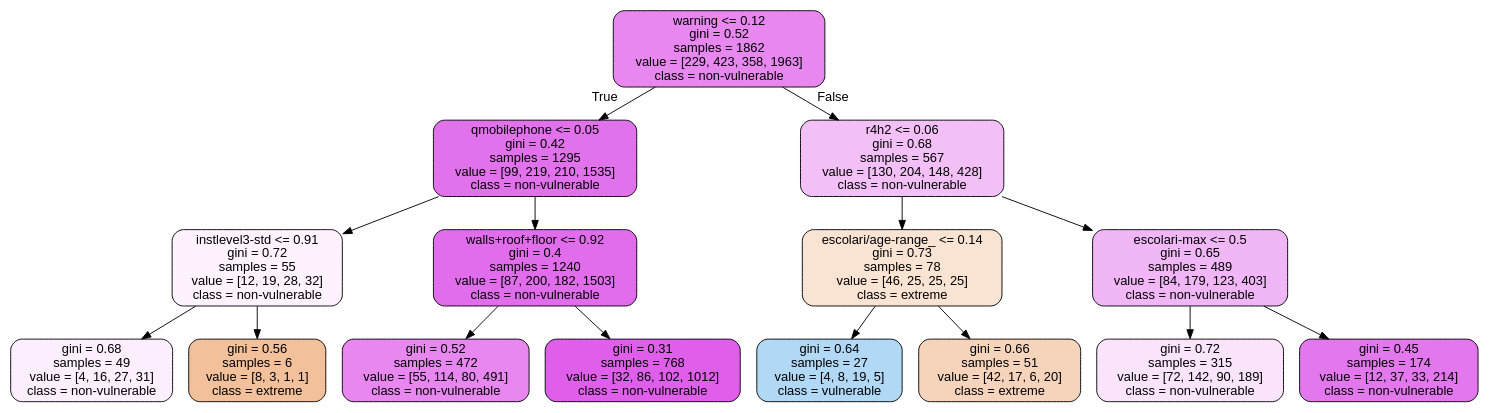
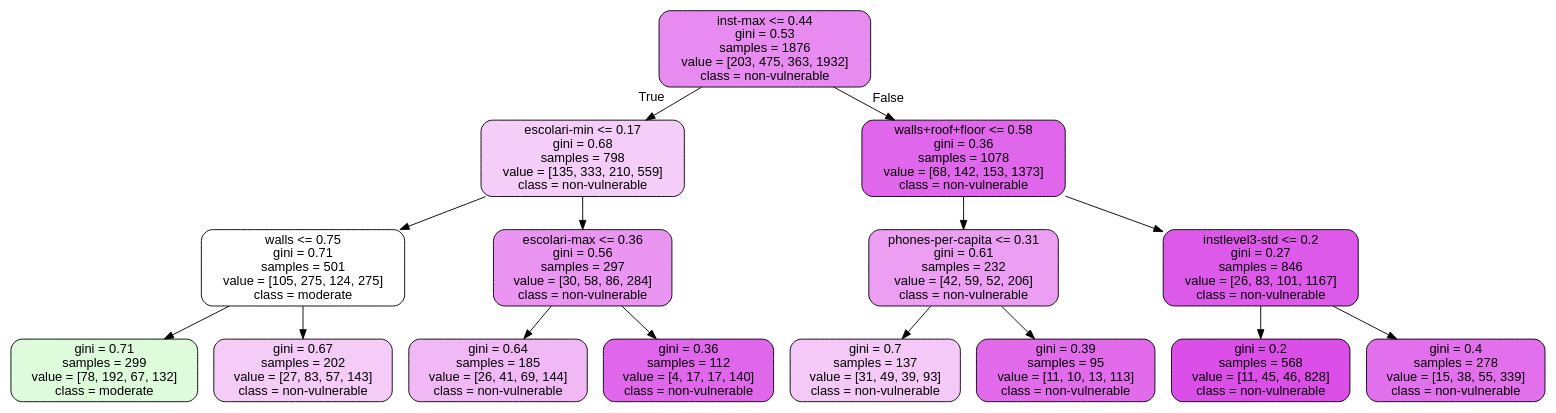
Before and after one commit to WillKoehrsen/data-science-for-good: the diagram in costa-rican-poverty/tree_limited.dot, drawn with Graphviz. The commit also changed 11 other files, not shown here.

```diff
--- a/costa-rican-poverty/tree_limited.dot
+++ b/costa-rican-poverty/tree_limited.dot
@@ -1,33 +1,33 @@
 digraph Tree {
 node [shape=box, style="filled, rounded", color="black", fontname=helvetica] ;
 edge [fontname=helvetica] ;
-0 [label="warning <= 0.12\ngini = 0.52\nsamples = 1862\nvalue = [229, 423, 358, 1963]\nclass = non-vulnerable", fillcolor="#d739e59a"] ;
-1 [label="qmobilephone <= 0.05\ngini = 0.42\nsamples = 1295\nvalue = [99, 219, 210, 1535]\nclass = non-vulnerable", fillcolor="#d739e5b6"] ;
+0 [label="inst-max <= 0.44\ngini = 0.53\nsamples = 1876\nvalue = [203, 475, 363, 1932]\nclass = non-vulnerable", fillcolor="#d739e595"] ;
+1 [label="escolari-min <= 0.17\ngini = 0.68\nsamples = 798\nvalue = [135, 333, 210, 559]\nclass = non-vulnerable", fillcolor="#d739e540"] ;
 0 -> 1 [labeldistance=2.5, labelangle=45, headlabel="True"] ;
-2 [label="instlevel3-std <= 0.91\ngini = 0.72\nsamples = 55\nvalue = [12, 19, 28, 32]\nclass = non-vulnerable", fillcolor="#d739e510"] ;
+2 [label="walls <= 0.75\ngini = 0.71\nsamples = 501\nvalue = [105, 275, 124, 275]\nclass = moderate", fillcolor="#47e53900"] ;
 1 -> 2 ;
-3 [label="gini = 0.68\nsamples = 49\nvalue = [4, 16, 27, 31]\nclass = non-vulnerable", fillcolor="#d739e514"] ;
+3 [label="gini = 0.71\nsamples = 299\nvalue = [78, 192, 67, 132]\nclass = moderate", fillcolor="#47e5392d"] ;
 2 -> 3 ;
-4 [label="gini = 0.56\nsamples = 6\nvalue = [8, 3, 1, 1]\nclass = extreme", fillcolor="#e5813980"] ;
+4 [label="gini = 0.67\nsamples = 202\nvalue = [27, 83, 57, 143]\nclass = non-vulnerable", fillcolor="#d739e543"] ;
 2 -> 4 ;
-5 [label="walls+roof+floor <= 0.92\ngini = 0.4\nsamples = 1240\nvalue = [87, 200, 182, 1503]\nclass = non-vulnerable", fillcolor="#d739e5bc"] ;
+5 [label="escolari-max <= 0.36\ngini = 0.56\nsamples = 297\nvalue = [30, 58, 86, 284]\nclass = non-vulnerable", fillcolor="#d739e588"] ;
 1 -> 5 ;
-6 [label="gini = 0.52\nsamples = 472\nvalue = [55, 114, 80, 491]\nclass = non-vulnerable", fillcolor="#d739e59a"] ;
+6 [label="gini = 0.64\nsamples = 185\nvalue = [26, 41, 69, 144]\nclass = non-vulnerable", fillcolor="#d739e55b"] ;
 5 -> 6 ;
-7 [label="gini = 0.31\nsamples = 768\nvalue = [32, 86, 102, 1012]\nclass = non-vulnerable", fillcolor="#d739e5cd"] ;
+7 [label="gini = 0.36\nsamples = 112\nvalue = [4, 17, 17, 140]\nclass = non-vulnerable", fillcolor="#d739e5c3"] ;
 5 -> 7 ;
-8 [label="r4h2 <= 0.06\ngini = 0.68\nsamples = 567\nvalue = [130, 204, 148, 428]\nclass = non-vulnerable", fillcolor="#d739e551"] ;
+8 [label="walls+roof+floor <= 0.58\ngini = 0.36\nsamples = 1078\nvalue = [68, 142, 153, 1373]\nclass = non-vulnerable", fillcolor="#d739e5c5"] ;
 0 -> 8 [labeldistance=2.5, labelangle=-45, headlabel="False"] ;
-9 [label="escolari/age-range_ <= 0.14\ngini = 0.73\nsamples = 78\nvalue = [46, 25, 25, 25]\nclass = extreme", fillcolor="#e5813938"] ;
+9 [label="phones-per-capita <= 0.31\ngini = 0.61\nsamples = 232\nvalue = [42, 59, 52, 206]\nclass = non-vulnerable", fillcolor="#d739e57d"] ;
 8 -> 9 ;
-10 [label="gini = 0.64\nsamples = 27\nvalue = [4, 8, 19, 5]\nclass = vulnerable", fillcolor="#399de564"] ;
+10 [label="gini = 0.7\nsamples = 137\nvalue = [31, 49, 39, 93]\nclass = non-vulnerable", fillcolor="#d739e545"] ;
 9 -> 10 ;
-11 [label="gini = 0.66\nsamples = 51\nvalue = [42, 17, 6, 20]\nclass = extreme", fillcolor="#e5813956"] ;
+11 [label="gini = 0.39\nsamples = 95\nvalue = [11, 10, 13, 113]\nclass = non-vulnerable", fillcolor="#d739e5be"] ;
 9 -> 11 ;
-12 [label="escolari-max <= 0.5\ngini = 0.65\nsamples = 489\nvalue = [84, 179, 123, 403]\nclass = non-vulnerable", fillcolor="#d739e55e"] ;
+12 [label="instlevel3-std <= 0.2\ngini = 0.27\nsamples = 846\nvalue = [26, 83, 101, 1167]\nclass = non-vulnerable", fillcolor="#d739e5d5"] ;
 8 -> 12 ;
-13 [label="gini = 0.72\nsamples = 315\nvalue = [72, 142, 90, 189]\nclass = non-vulnerable", fillcolor="#d739e522"] ;
+13 [label="gini = 0.2\nsamples = 568\nvalue = [11, 45, 46, 828]\nclass = non-vulnerable", fillcolor="#d739e5e2"] ;
 12 -> 13 ;
-14 [label="gini = 0.45\nsamples = 174\nvalue = [12, 37, 33, 214]\nclass = non-vulnerable", fillcolor="#d739e5ae"] ;
+14 [label="gini = 0.4\nsamples = 278\nvalue = [15, 38, 55, 339]\nclass = non-vulnerable", fillcolor="#d739e5b9"] ;
 12 -> 14 ;
 }
```
